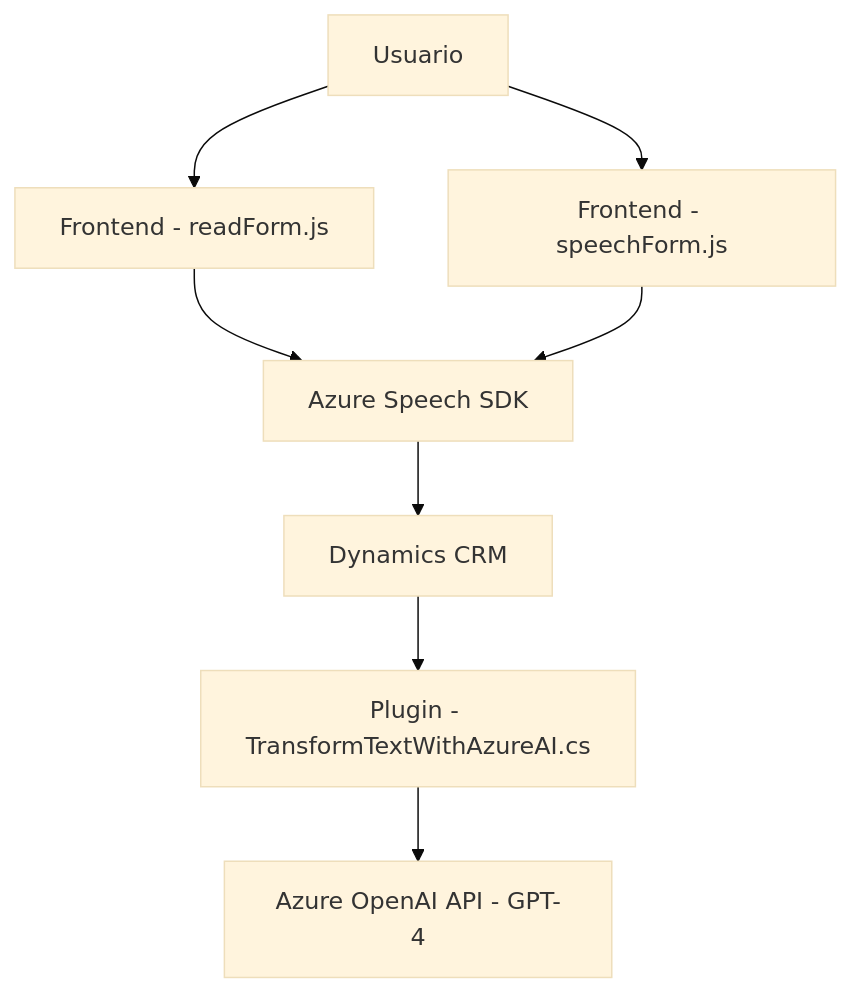
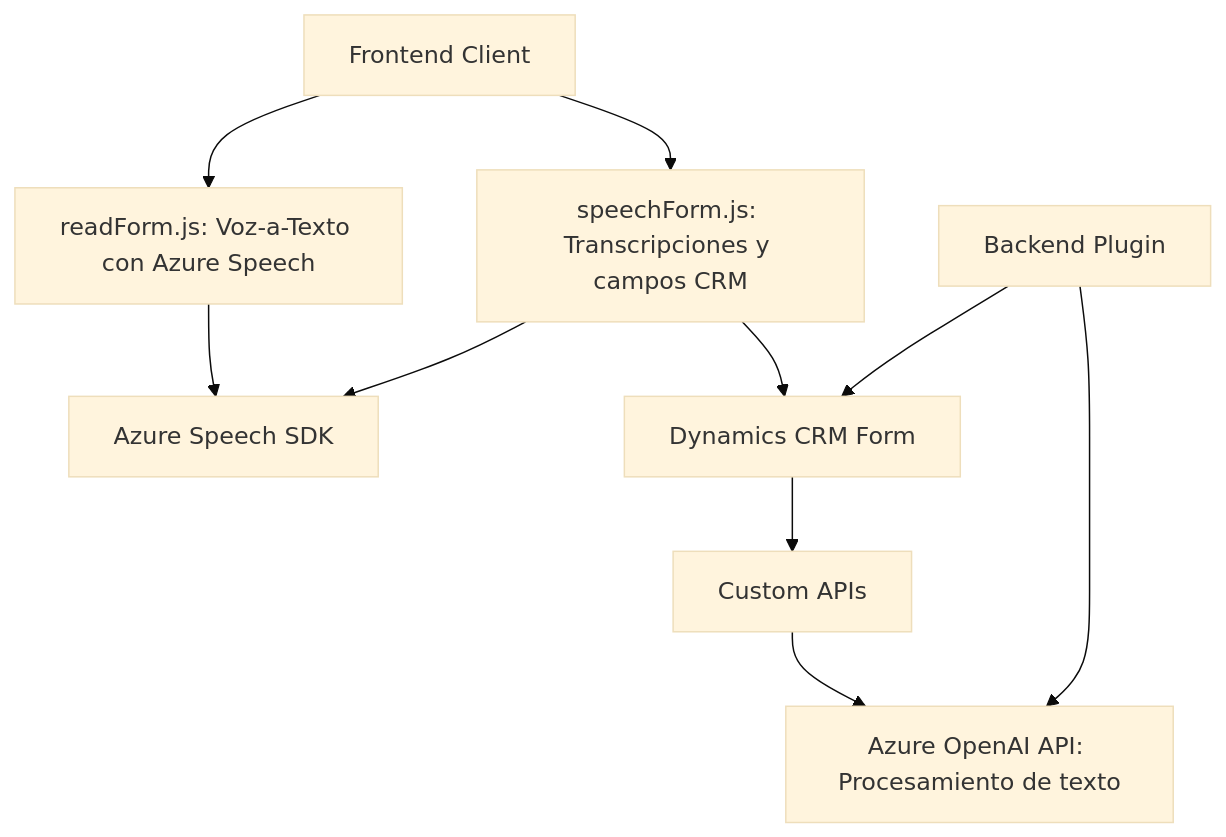
Before and after one commit to blopezdm/NETCORE_BILBAO2025: the diagram in README.md, drawn with Mermaid (base theme). The commit also changed other lines of this file, not shown here.

Commit message:
Actualizar análisis global de la solución con IA

````diff
--- a/README.md
+++ b/README.md
@@ -34,18 +37,12 @@
 ```mermaid
 graph TD
-    A["Usuario"]
-    B["Frontend - readForm.js"]
-    C["Frontend - speechForm.js"]
-    D["Azure Speech SDK"]
-    E["Dynamics CRM"]
-    F["Plugin - TransformTextWithAzureAI.cs"]
-    G["Azure OpenAI API - GPT-4"]
-
-    A --> B
-    A --> C
-    B --> D
+    A["Frontend Client"] --> B["readForm.js: Voz-a-Texto con Azure Speech"]
+    A --> C["speechForm.js: Transcripciones y campos CRM"]
+    B --> D["Azure Speech SDK"]
     C --> D
-    D --> E
-    E --> F
-    F --> G
+    C --> E["Dynamics CRM Form"]
+    E --> F["Custom APIs"]
+    F --> H["Azure OpenAI API: Procesamiento de texto"]
+    G["Backend Plugin"] --> H
+    G --> E
 ```
````
